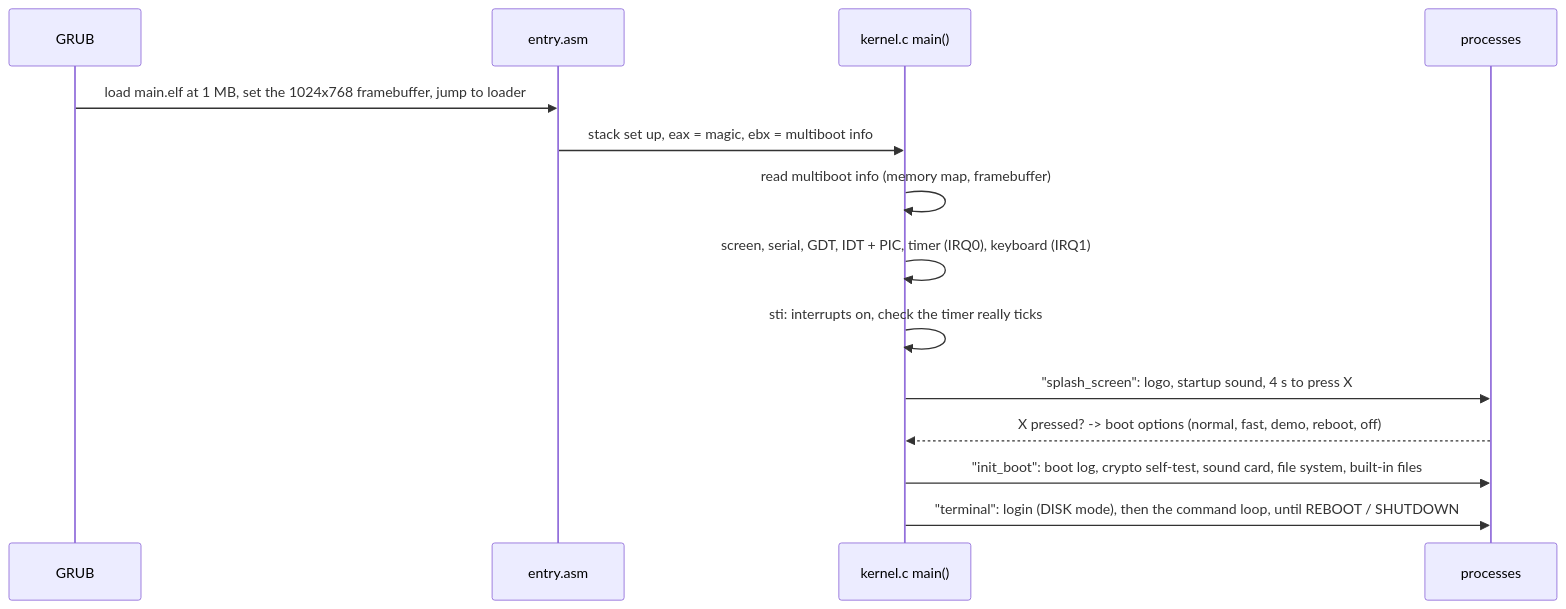
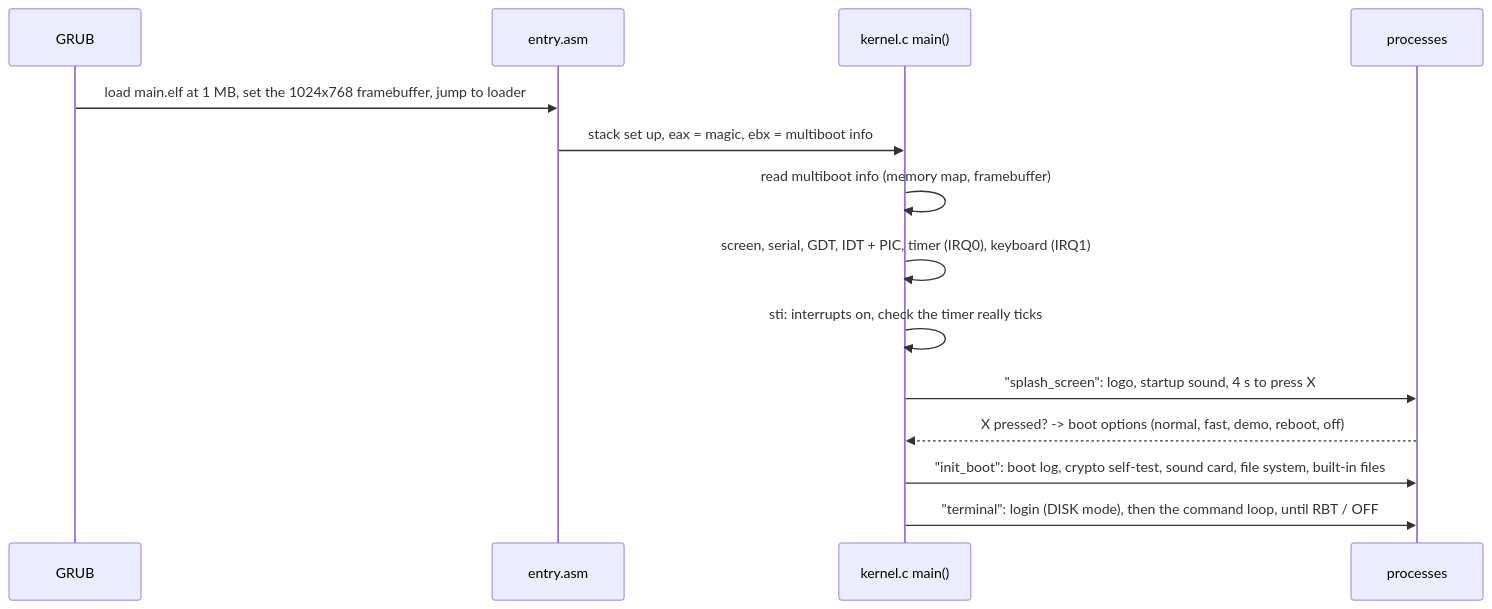
The diagram in docs/ARCHITECTURE.md (alexanderwalford-official/Renovate-OS), drawn with Mermaid before and after one commit. The commit also changed other lines of this file and 21 other files, not shown here.

````diff
--- a/docs/ARCHITECTURE.md
+++ b/docs/ARCHITECTURE.md
@@ -94,16 +94,16 @@
 ```mermaid
 sequenceDiagram
     participant G as GRUB
     participant E as entry.asm
     participant K as kernel.c main()
     participant P as processes
     G->>E: load main.elf at 1 MB, set the 1024x768 framebuffer, jump to loader
     E->>K: stack set up, eax = magic, ebx = multiboot info
     K->>K: read multiboot info (memory map, framebuffer)
     K->>K: screen, serial, GDT, IDT + PIC, timer (IRQ0), keyboard (IRQ1)
     K->>K: sti: interrupts on, check the timer really ticks
     K->>P: "splash_screen": logo, startup sound, 4 s to press X
     P-->>K: X pressed? -> boot options (normal, fast, demo, reboot, off)
     K->>P: "init_boot": boot log, crypto self-test, sound card, file system, built-in files
-    K->>P: "terminal": login (DISK mode), then the command loop, until REBOOT / SHUTDOWN
+    K->>P: "terminal": login (DISK mode), then the command loop, until RBT / OFF
 ```
````
